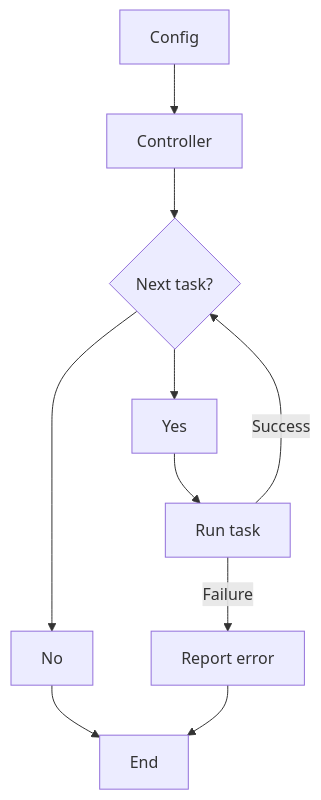
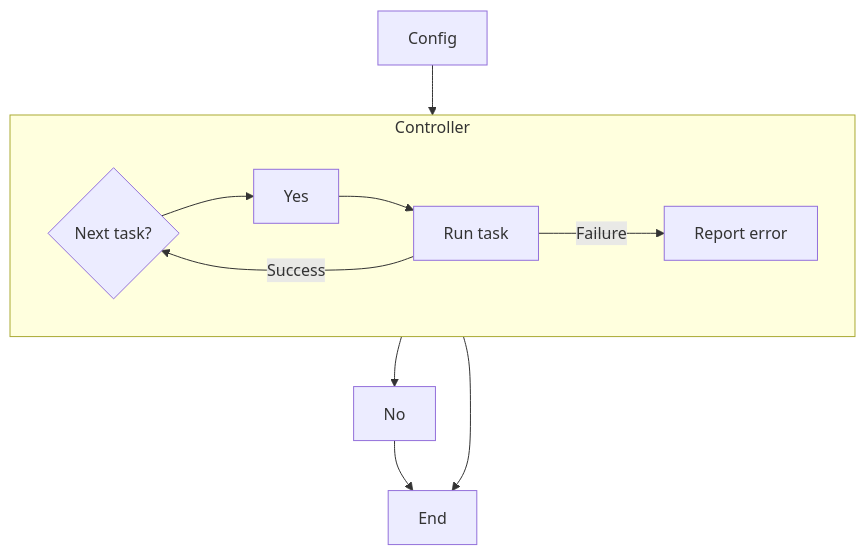
Before and after one commit to cameronabrams/pestifer: the diagram in docs/source/subs/run.rst, drawn with Mermaid. The commit also changed other lines of this file and 9 other files, not shown here.

```diff
--- a/docs/source/subs/run.rst
+++ b/docs/source/subs/run.rst
@@ -16,11 +16,14 @@
 .. mermaid:: 
    :caption: Pestifer Run Task Flowchart
 
    graph TD;
-      A[Config] --> B[Controller];
-      B --> C{Next task?};
-      C --> Yes --> D[Run task];
-      D -->|Success| C;
-      D -->|Failure| F[Report error];
+      direction LR;
+      A[Config] --> C{Next task?};
+      subgraph group Controller [Controller];
+         direction LR;
+         C --> Yes --> D[Run task];
+         D -->|Success| C;
+         D -->|Failure| F[Report error];
+      end
       C --> No --> E[End];
-      F --> E;      
+      F --> E;
```
